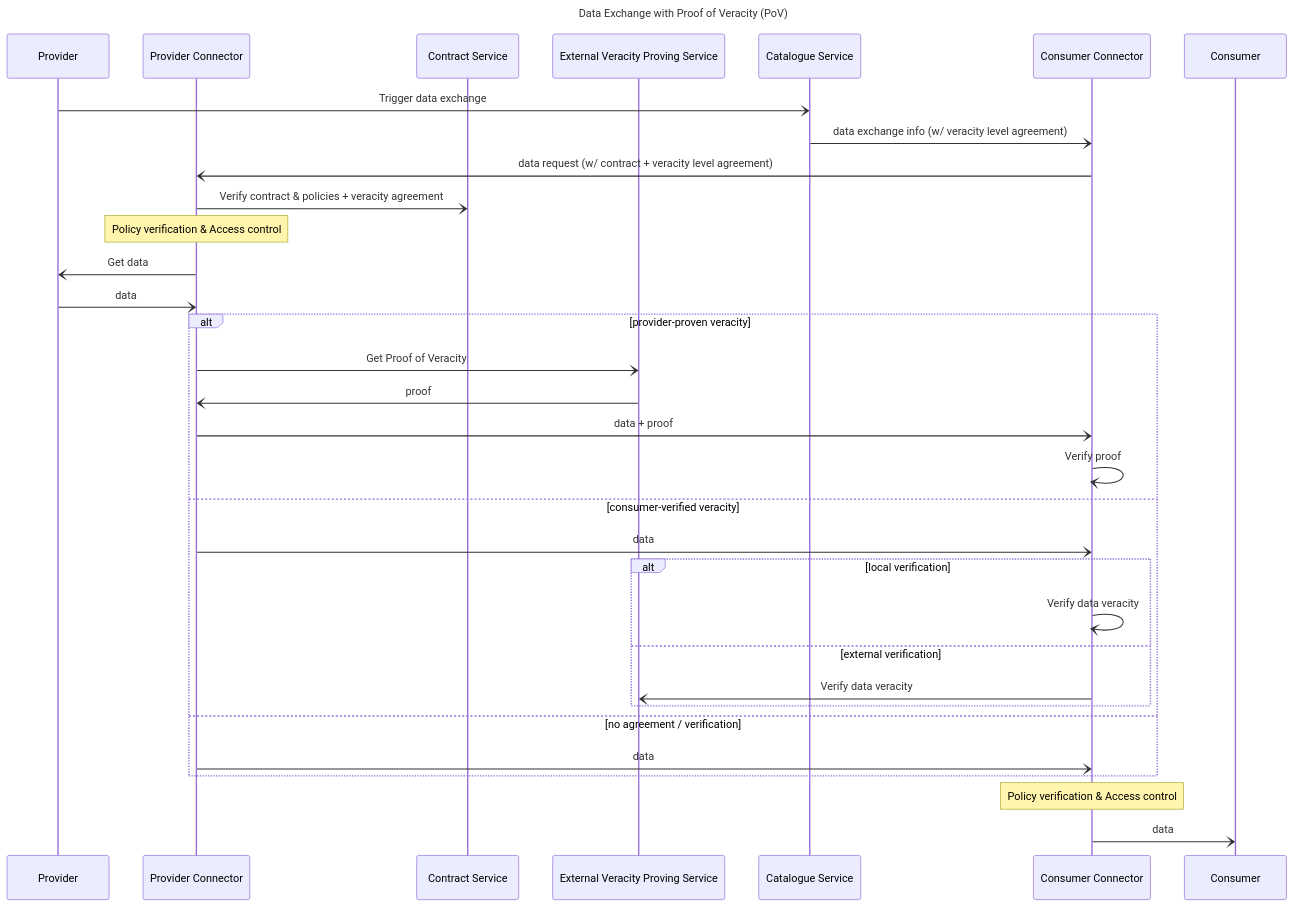
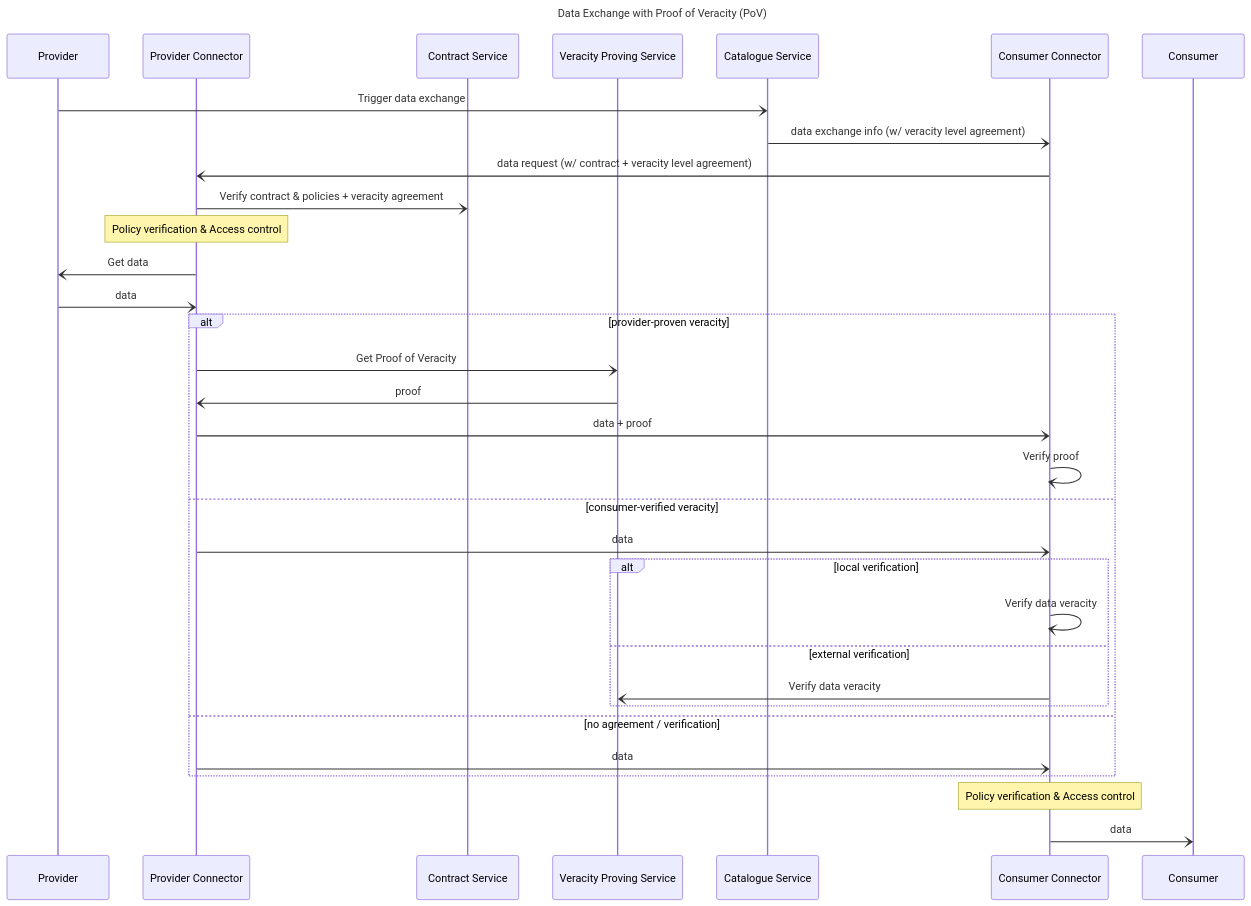
Before and after one commit to Prometheus-X-association/data-veracity: the sixth of 6 diagrams in docs/design-document.md, drawn with Mermaid. The commit also changed other lines of this file, not shown here.

Commit message:
docs(dd): remove external adjectives from diags

````diff
--- a/docs/design-document.md
+++ b/docs/design-document.md
@@ -492,41 +492,41 @@
 ```mermaid
 ---
 title: Data Exchange with Proof of Veracity (PoV)
 ---
 
 sequenceDiagram
     participant p as Provider
     participant pc as Provider Connector
     participant con as Contract Service
-    participant evs as External Veracity Proving Service
+    participant evs as Veracity Proving Service
     participant cat as Catalogue Service
     participant cc as Consumer Connector
     participant c as Consumer
 
     p -) cat: Trigger data exchange
     cat -) cc: data exchange info (w/ veracity level agreement)
     cc -) pc: data request (w/ contract + veracity level agreement)
     pc -) con: Verify contract & policies + veracity agreement
     Note over pc: Policy verification & Access control
     pc -) p: Get data
     p -) pc: data
 
     alt provider-proven veracity
         pc -) evs: Get Proof of Veracity
         evs -) pc: proof
         pc -) cc: data + proof
         cc -) cc: Verify proof
     else consumer-verified veracity
         pc -) cc: data
         alt local verification
             cc -) cc: Verify data veracity
         else external verification
             cc -) evs: Verify data veracity
         end
     else no agreement / verification
         pc -) cc: data
     end
 
     Note over cc: Policy verification & Access control
     cc -) c: data
 ```
````
